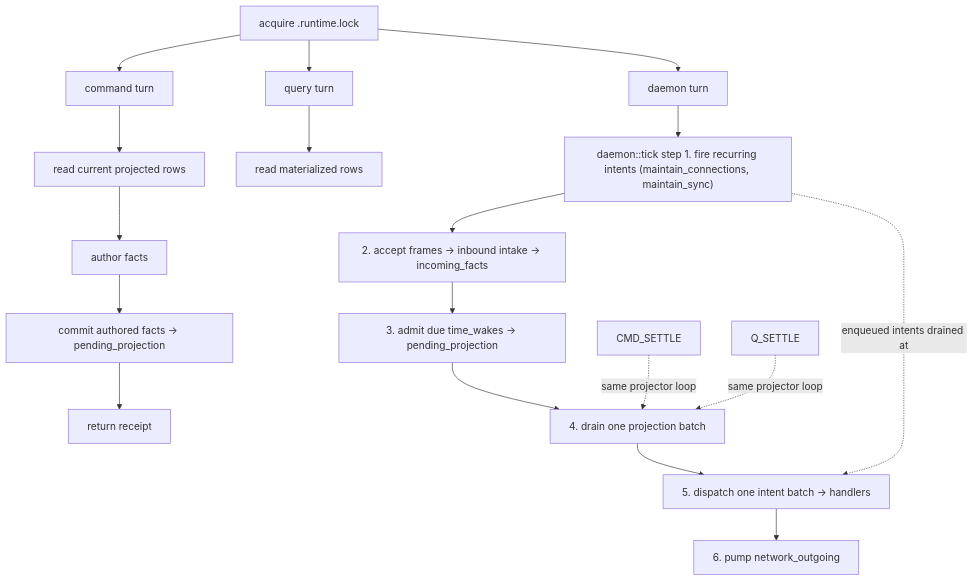
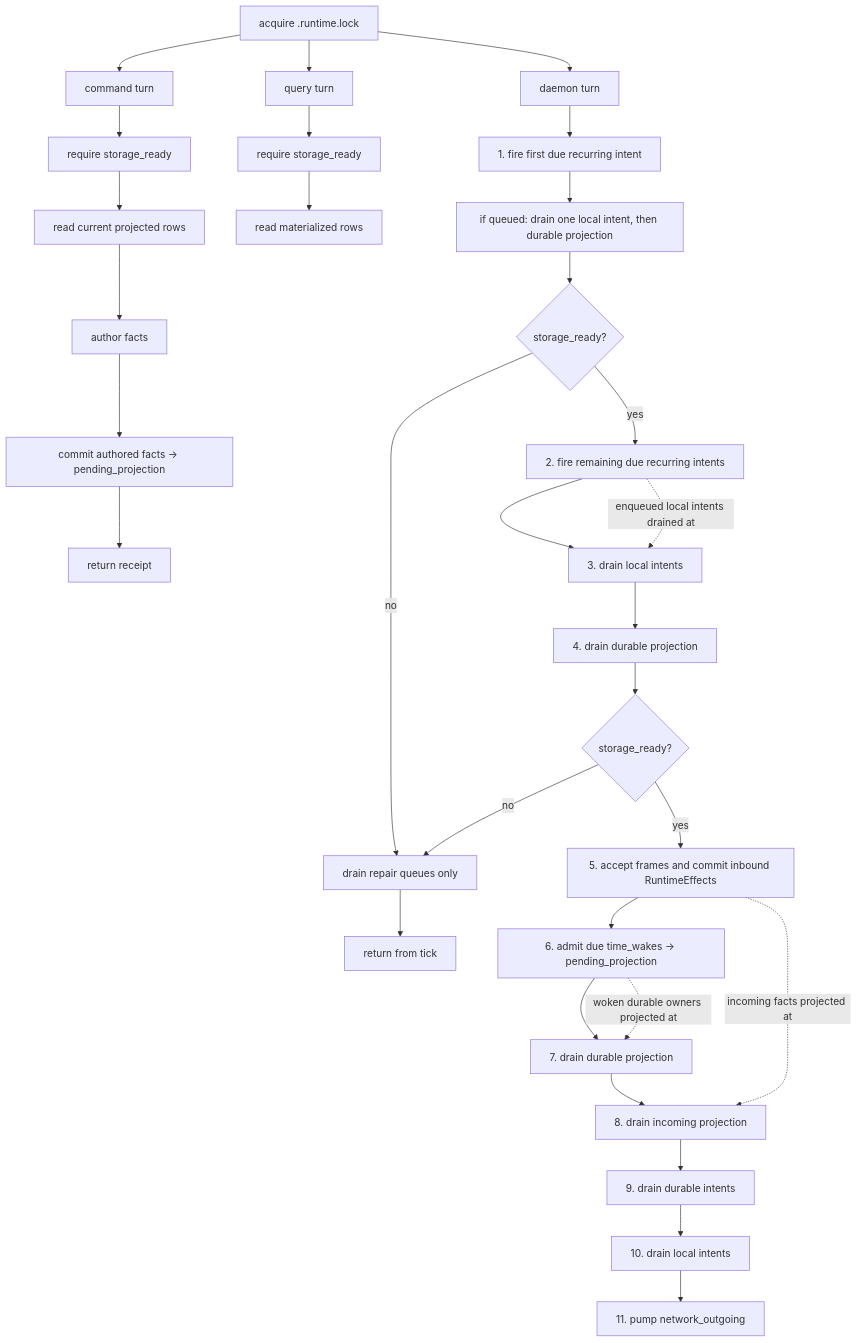
The second of 4 diagrams in ARCHITECTURE_DIAGRAMS.md (holmesworcester/poc-10), drawn with Mermaid before and after one commit. The commit also changed other lines of this file and 1 other file, not shown here.

Commit message:
Update architecture diagrams for simplified runtime queues

````diff
--- a/ARCHITECTURE_DIAGRAMS.md
+++ b/ARCHITECTURE_DIAGRAMS.md
@@ -120,26 +129,39 @@
 ```mermaid
 %%{init: {"flowchart": {"wrappingWidth": 300}} }%%
 flowchart TD
     LOCK["acquire <db>.runtime.lock"]
 
     LOCK --> CMD["command turn"]
-    CMD --> READ_INPUTS["read current projected rows"]
+    CMD --> CMD_READY["require storage_ready"]
+    CMD_READY --> READ_INPUTS["read current projected rows"]
     READ_INPUTS --> AUTHOR["author facts"]
     AUTHOR --> COMMIT_FACTS["commit authored facts -> pending_projection"]
     COMMIT_FACTS --> RECEIPT["return receipt"]
 
     LOCK --> Q["query turn"]
-    Q --> READ["read materialized rows"]
+    Q --> Q_READY["require storage_ready"]
+    Q_READY --> READ["read materialized rows"]
 
     LOCK --> TICK["daemon turn"]
-    TICK --> T0["daemon::tick step 1. fire recurring intents (maintain_connections, maintain_sync)"]
-    T0 --> T1["2. accept frames -> inbound intake -> incoming_facts"]
-    T1 --> T2["3. admit due time_wakes -> pending_projection"]
-    T2 --> T3["4. drain one projection batch"]
-    T3 --> T4["5. dispatch one intent batch -> handlers"]
-    T4 --> T5["6. pump network_outgoing"]
+    TICK --> R0["1. fire first due recurring intent"]
+    R0 --> R1["if queued: drain one local intent, then durable projection"]
+    R1 --> READY1{"storage_ready?"}
+    READY1 -- no --> REPAIR["drain repair queues only"]
+    REPAIR --> RETURN1["return from tick"]
+    READY1 -- yes --> T0["2. fire remaining due recurring intents"]
+    T0 --> T1["3. drain local intents"]
+    T1 --> T2["4. drain durable projection"]
+    T2 --> READY2{"storage_ready?"}
+    READY2 -- no --> REPAIR
+    READY2 -- yes --> T3["5. accept frames and commit inbound RuntimeEffects"]
+    T3 --> T4["6. admit due time_wakes -> pending_projection"]
+    T4 --> T5["7. drain durable projection"]
+    T5 --> T6["8. drain incoming projection"]
+    T6 --> T7["9. drain durable intents"]
+    T7 --> T8["10. drain local intents"]
+    T8 --> T9["11. pump network_outgoing"]
 
-    T0 -.enqueued intents drained at.-> T4
-    CMD_SETTLE -.same projector loop.-> T3
-    Q_SETTLE -.same projector loop.-> T3
+    T0 -.enqueued local intents drained at.-> T1
+    T3 -.incoming facts projected at.-> T6
+    T4 -.woken durable owners projected at.-> T5
 ```
````
